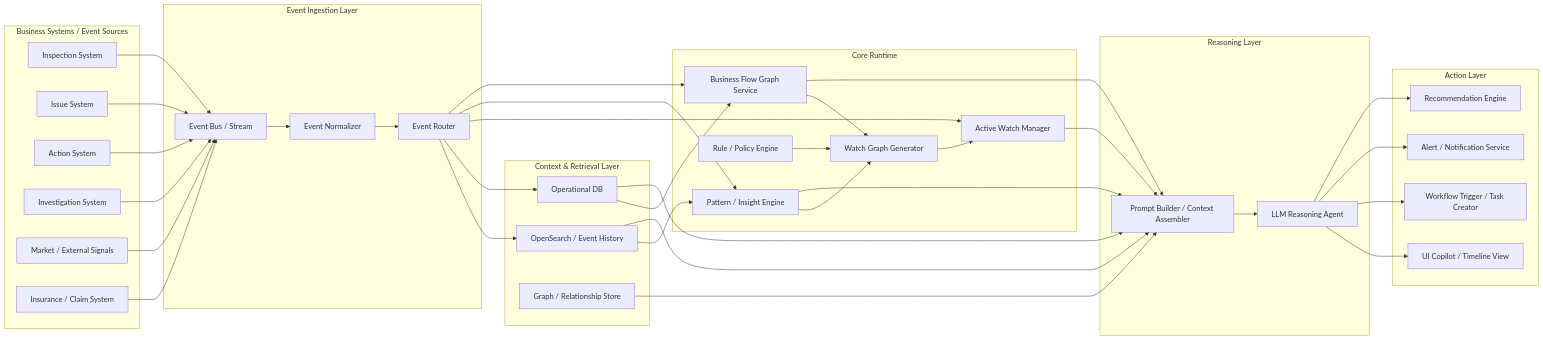
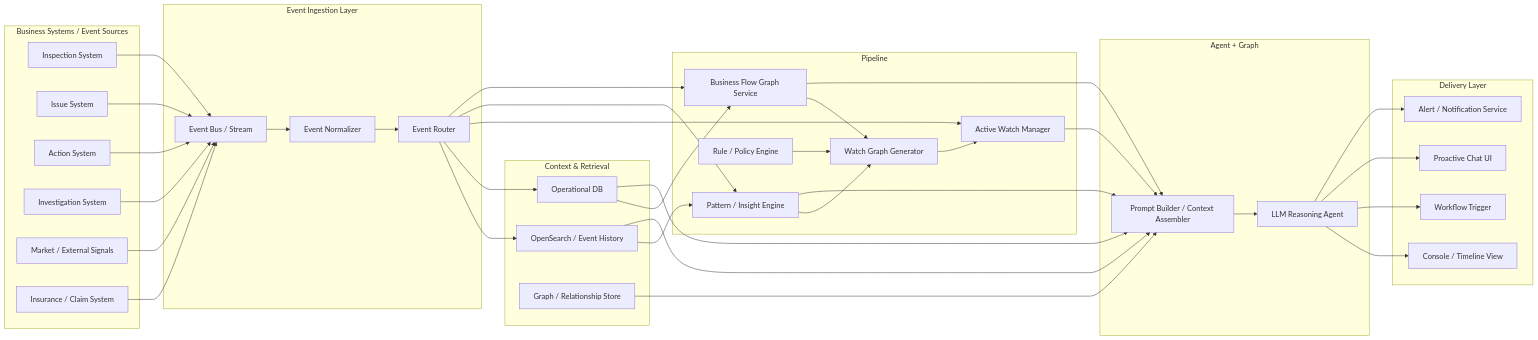
Before and after one commit to maxshuang/Bpollo: the second of 3 diagrams in docs/design.md, drawn with Mermaid. The commit also changed other lines of this file, not shown here.

First line of the commit message:
Restructure design doc around layer architecture

````diff
--- a/docs/design.md
+++ b/docs/design.md
@@ -11,80 +98,69 @@
 ```mermaid
 flowchart LR
     subgraph A[Business Systems / Event Sources]
         A1[Inspection System]
         A2[Issue System]
         A3[Action System]
         A4[Investigation System]
         A5[Market / External Signals]
         A6[Insurance / Claim System]
     end
 
     subgraph B[Event Ingestion Layer]
         B1[Event Bus / Stream]
         B2[Event Normalizer]
         B3[Event Router]
     end
 
-    subgraph C[Core Runtime]
+    subgraph C[Pipeline]
         C1[Business Flow Graph Service]
         C2[Pattern / Insight Engine]
         C3[Watch Graph Generator]
         C4[Active Watch Manager]
         C5[Rule / Policy Engine]
     end
 
-    subgraph D[Context & Retrieval Layer]
+    subgraph D[Context & Retrieval]
         D1[OpenSearch / Event History]
         D2[Operational DB]
         D3[Graph / Relationship Store]
     end
 
-    subgraph E[Reasoning Layer]
+    subgraph E[Agent + Graph]
         E1[LLM Reasoning Agent]
         E2[Prompt Builder / Context Assembler]
     end
 
-    subgraph F[Action Layer]
-        F1[Recommendation Engine]
-        F2[Alert / Notification Service]
-        F3[Workflow Trigger / Task Creator]
-        F4[UI Copilot / Timeline View]
+    subgraph F[Delivery Layer]
+        F1[Alert / Notification Service]
+        F2[Proactive Chat UI]
+        F3[Workflow Trigger]
+        F4[Console / Timeline View]
     end
 
-    A1 --> B1
-    A2 --> B1
-    A3 --> B1
-    A4 --> B1
-    A5 --> B1
-    A6 --> B1
-
-    B1 --> B2
-    B2 --> B3
+    A1 & A2 & A3 & A4 & A5 & A6 --> B1
+    B1 --> B2 --> B3
 
     B3 --> C1
     B3 --> C2
     B3 --> C4
     B3 --> D2
     B3 --> D1
 
     C1 --> E2
     C2 --> E2
     C3 --> C4
     C4 --> E2
     C5 --> C3
+    C2 --> C3
+    C1 --> C3
 
     D1 --> E2
+    D1 --> C2
     D2 --> E2
+    D2 --> C1
     D3 --> E2
 
     E2 --> E1
-    E1 --> F1
-    E1 --> F2
-    E1 --> F3
-    E1 --> F4
-
-    C2 --> C3
-    C1 --> C3
-    D1 --> C2
-    D2 --> C1
+    E1 --> F1 & F2 & F3 & F4
 ```
````
